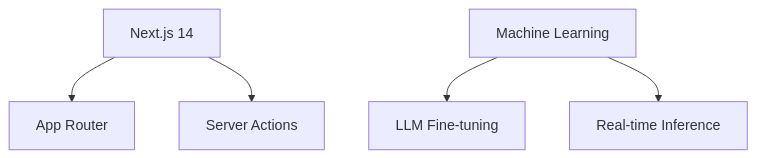
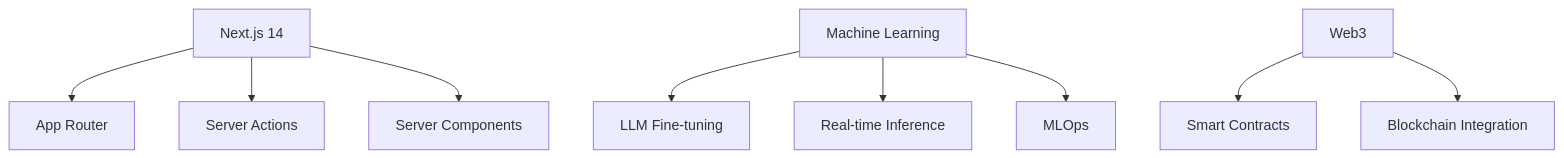
The diagram in README.md (Heisenburg-z/Heisenburg-z), drawn with Mermaid before and after one commit. The commit also changed other lines of this file, not shown here.

````diff
--- a/README.md
+++ b/README.md
@@ -68,7 +105,11 @@
 ```mermaid
 graph TD;
     A[Next.js 14] --> B[App Router];
     A --> C[Server Actions];
-    D[Machine Learning] --> E[LLM Fine-tuning];
-    D --> F[Real-time Inference];
+    A --> D[Server Components];
+    E[Machine Learning] --> F[LLM Fine-tuning];
+    E --> G[Real-time Inference];
+    E --> H[MLOps];
+    I[Web3] --> J[Smart Contracts];
+    I --> K[Blockchain Integration];
 ```
````
